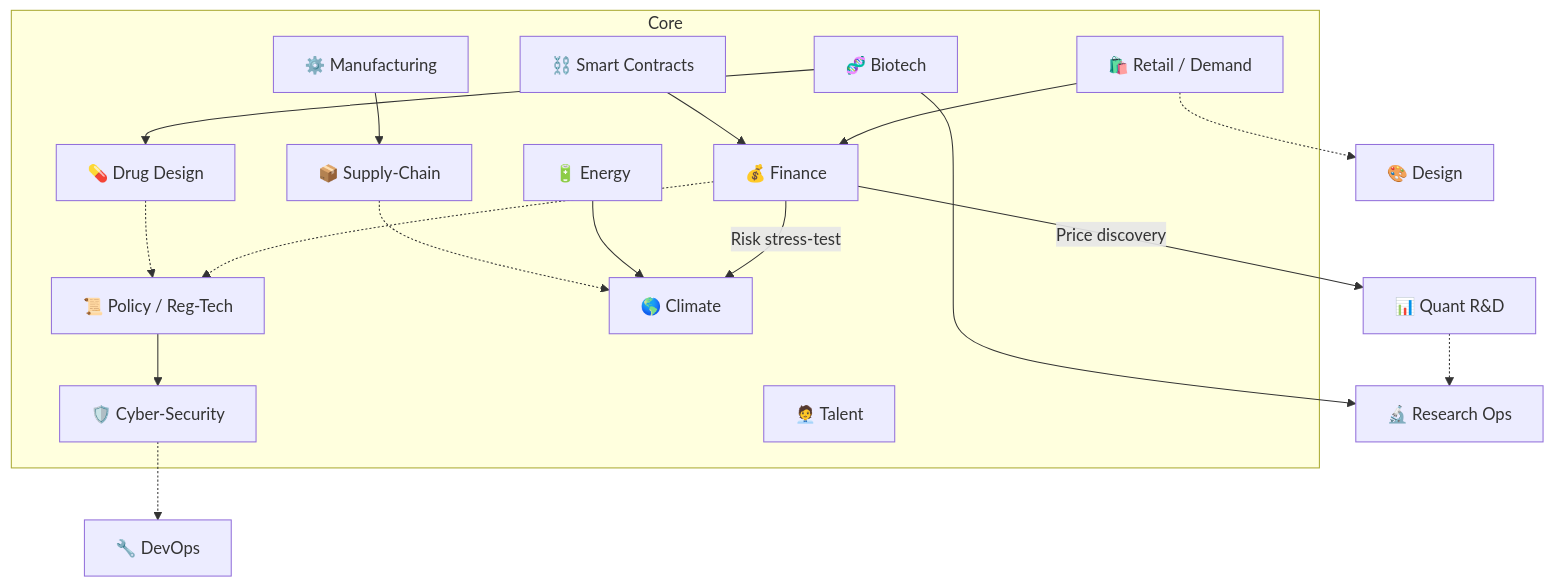
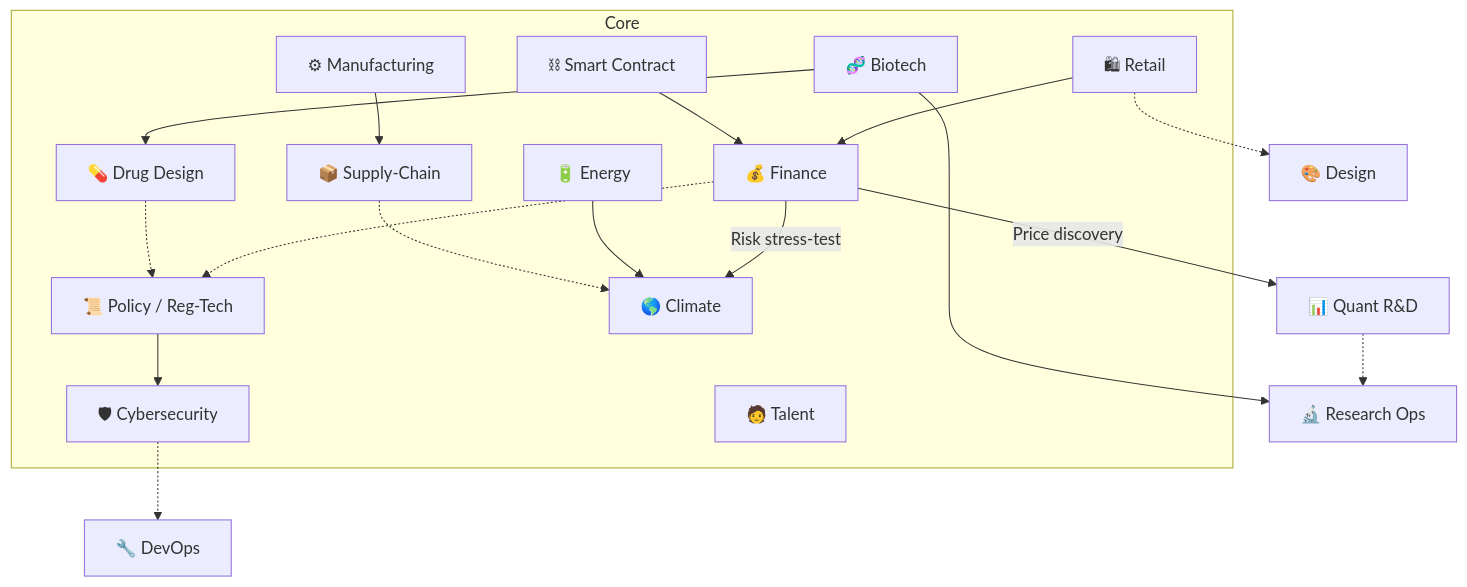
One commit to vishalbelsare/AGI-Alpha-Agent-v0 changed the second of 3 diagrams in alpha_factory_v1/backend/agents/README.md. Above: the diagram before and after it, drawn with Mermaid. The commit also changed other lines of this file, not shown here.

````diff
--- a/alpha_factory_v1/backend/agents/README.md
+++ b/alpha_factory_v1/backend/agents/README.md
@@ -105,63 +105,58 @@
 ```mermaid
-%% Legend
-%%  solid arrows  = primary value‑flow
-%%  dashed arrows = secondary / supporting influence
-%%  node emojis   = domain archetypes
-
 graph TD
     %% Core pillars
     FIN["💰 Finance"]
     BIO["🧬 Biotech"]
-    MFG["⚙️ Manufacturing"]
-    POL["📜 Policy / Reg‑Tech"]
+    MFG["⚙ Manufacturing"]
+    POL["📜 Policy / Reg-Tech"]
     ENE["🔋 Energy"]
-    SUP["📦 Supply‑Chain"]
-    RET["🛍️ Retail / Demand"]
-    CYB["🛡️ Cyber‑Security"]
+    SUP["📦 Supply-Chain"]
+    RET["🛍 Retail"]
+    CYB["🛡 Cybersecurity"]
     CLM["🌎 Climate"]
-    DRG["💊 Drug Design"]
-    SMT["⛓️ Smart Contracts"]
-    TLT["🧑‍💼 Talent"]
+    DRG["💊 Drug Design"]
+    SMT["⛓ Smart Contract"]
+    TLT["🧑 Talent"]
 
     %% Derived transversal competences
-    QNT["📊 Quant R&D"]
-    RES["🔬 Research Ops"]
+    QNT["📊 Quant R&D"]
+    RES["🔬 Research Ops"]
     DSG["🎨 Design"]
     OPS["🔧 DevOps"]
 
-    %% Primary value‑creation arcs
-    FIN -->|Price discovery| QNT
-    FIN -->|Risk stress‑test| CLM
+    %% Primary value-creation arcs
+    FIN -->|Price discovery| QNT
+    FIN -->|Risk stress-test| CLM
     BIO --> DRG
     BIO --> RES
     MFG --> SUP
     ENE --> CLM
     RET --> FIN
     POL --> CYB
     SMT --> FIN
 
-    %% Cross‑pollination (secondary, dashed)
+    %% Cross-pollination (secondary, dashed)
     FIN -.-> POL
     SUP -.-> CLM
     CYB -.-> OPS
     DRG -.-> POL
     QNT -.-> RES
     RET -.-> DSG
 
     %% Visual grouping
     subgraph Core
         FIN
         BIO
         MFG
         POL
         ENE
         SUP
         RET
         CYB
         CLM
         DRG
         SMT
         TLT
     end
     classDef core fill:#0d9488,color:#ffffff,stroke-width:0px;
 ```
````
